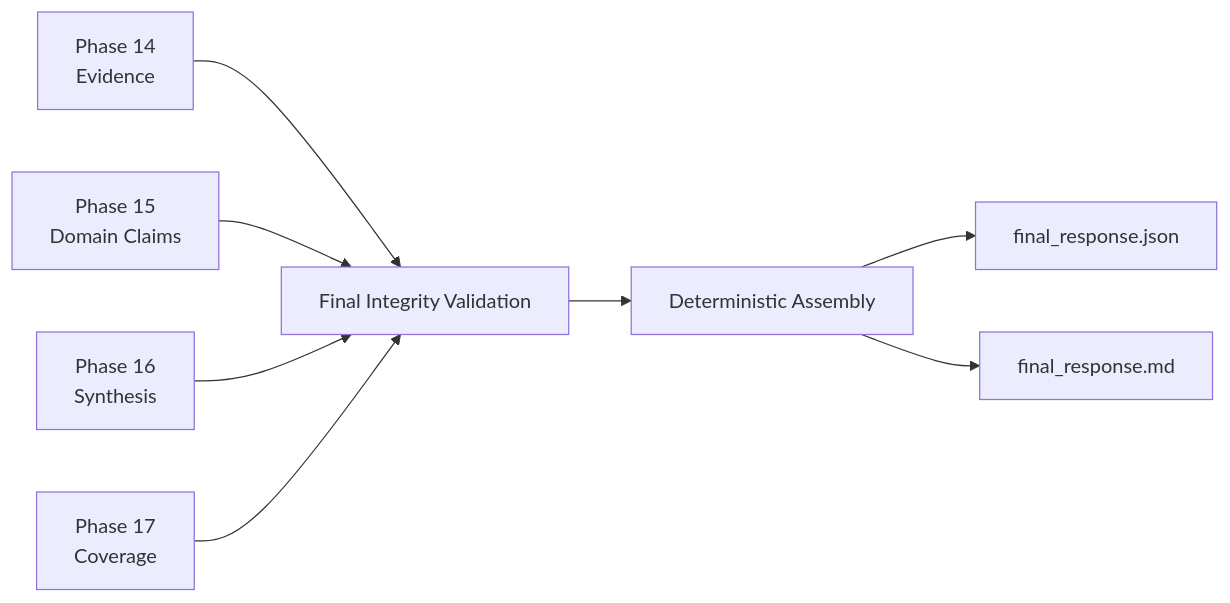
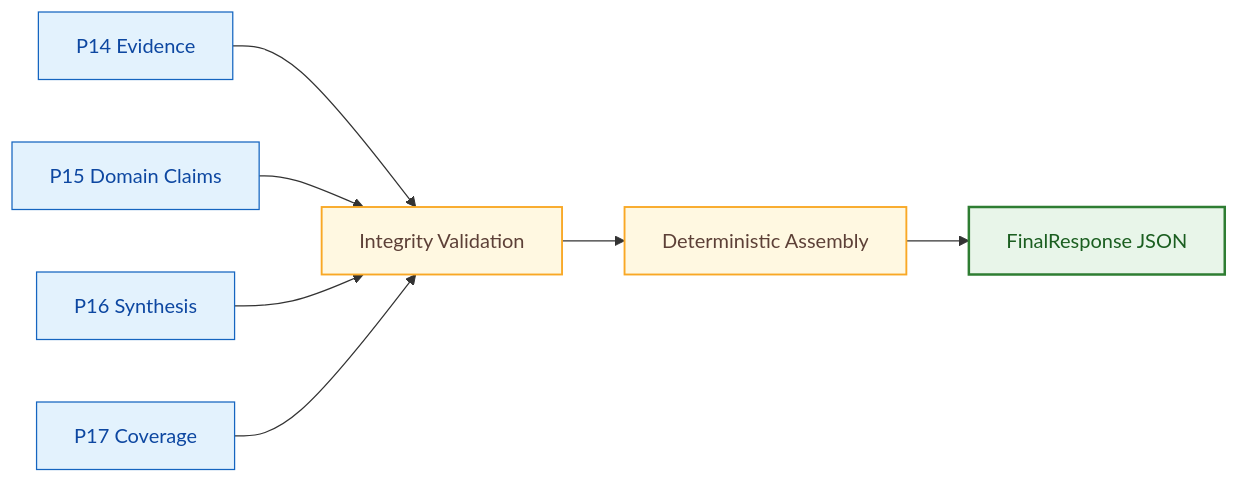
One commit to imAbhinav13/WTH-WhatTheHuman changed the sixth of 8 diagrams in README.md. Above: the diagram before and after it, drawn with Mermaid. The commit also changed other lines of this file, not shown here.

Commit message:
Refresh README with production architecture and frontend

````diff
--- a/README.md
+++ b/README.md
@@ -780,22 +774,25 @@
 ```mermaid
 flowchart LR
-    P14[Phase 14<br/>Evidence]
-    P15[Phase 15<br/>Domain Claims]
-    P16[Phase 16<br/>Synthesis]
-    P17[Phase 17<br/>Coverage]
+    P14["P14 Evidence"]
+    P15["P15 Domain Claims"]
+    P16["P16 Synthesis"]
+    P17["P17 Coverage"]
 
-    V[Final Integrity Validation]
-    A[Deterministic Assembly]
-
-    JSON[final_response.json]
-    MD[final_response.md]
+    V["Integrity Validation"]
+    A["Deterministic Assembly"]
+    OUT["FinalResponse JSON"]
 
     P14 --> V
     P15 --> V
     P16 --> V
     P17 --> V
+    V --> A --> OUT
 
-    V --> A
-    A --> JSON
-    A --> MD
+    classDef source fill:#E3F2FD,stroke:#1565C0,color:#0D47A1;
+    classDef validate fill:#FFF8E1,stroke:#F9A825,color:#5D4037,stroke-width:1.5px;
+    classDef output fill:#E8F5E9,stroke:#2E7D32,color:#1B5E20,stroke-width:2px;
+
+    class P14,P15,P16,P17 source;
+    class V,A validate;
+    class OUT output;
 ```
````
